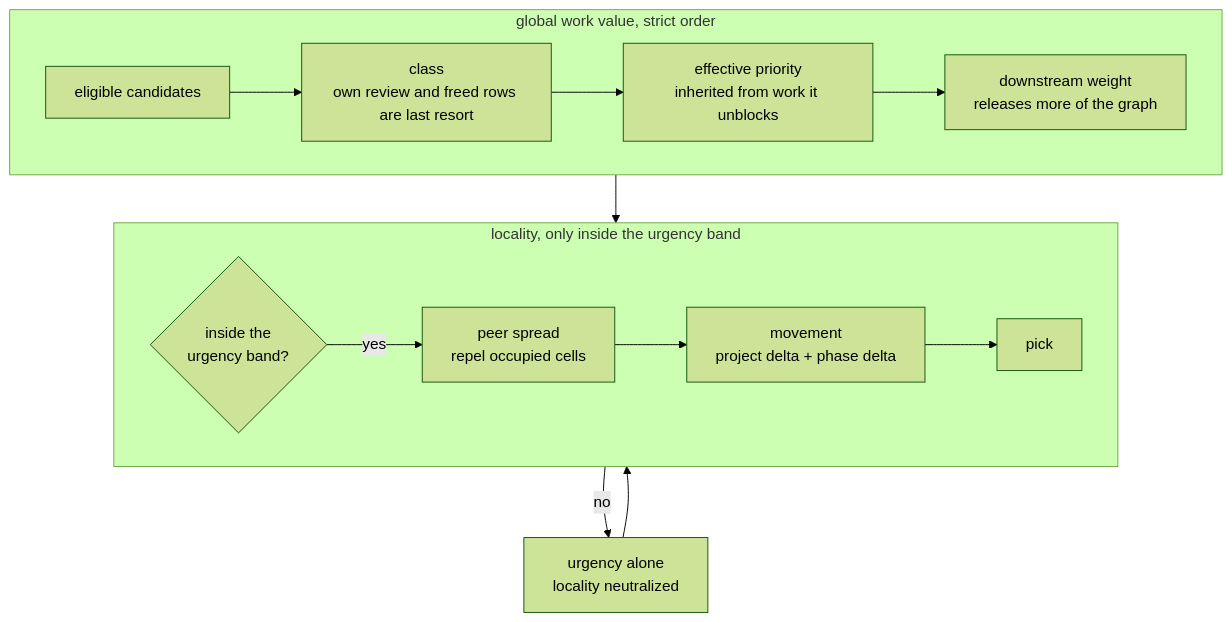
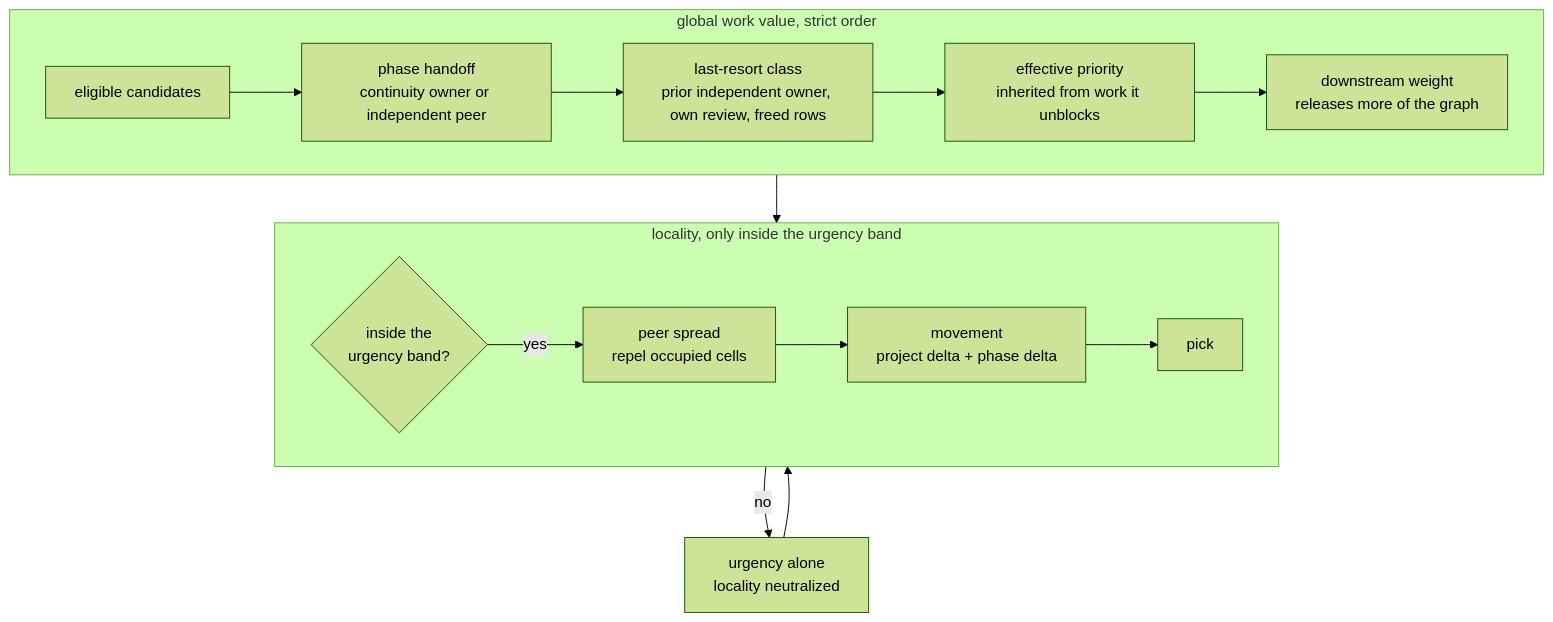
One commit to infimalabs/spice-rust changed the first of 10 diagrams in docs/product/model/decisions.md. Above: the diagram before and after it, drawn with Mermaid (forest theme). The commit also changed other lines of this file and 23 other files, not shown here.

Commit message:
scheduler: Coordinate phase handoff across idle teammates ALLOCAT-dVVJKBCV4

````diff
--- a/docs/product/model/decisions.md
+++ b/docs/product/model/decisions.md
@@ -11,19 +11,20 @@
 ```mermaid
 flowchart TD
   subgraph GLOBAL["global work value, strict order"]
     direction LR
-    E["eligible candidates"] --> Class["class<br/>own review and freed rows are last resort"]
+    E["eligible candidates"] --> Handoff["phase handoff<br/>continuity owner or independent peer"]
+    Handoff --> Class["last-resort class<br/>prior independent owner, own review, freed rows"]
     Class --> Priority["effective priority<br/>inherited from work it unblocks"]
     Priority --> Weight["downstream weight<br/>releases more of the graph"]
   end
   subgraph LOCALITY["locality, only inside the urgency band"]
     direction LR
     BAND{"inside the<br/>urgency band?"}
     BAND -- yes --> Spread["peer spread<br/>repel occupied cells"]
     Spread --> Movement["movement<br/>project delta + phase delta"]
     Movement --> P[pick]
   end
   Weight --> BAND
   BAND -- no --> OUT["urgency alone<br/>locality neutralized"]
   OUT --> P
 ```
````
